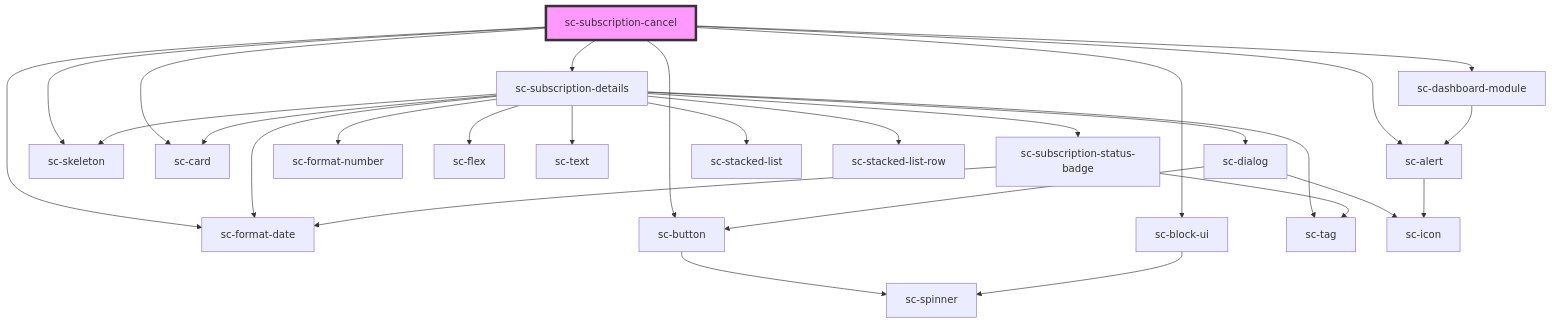
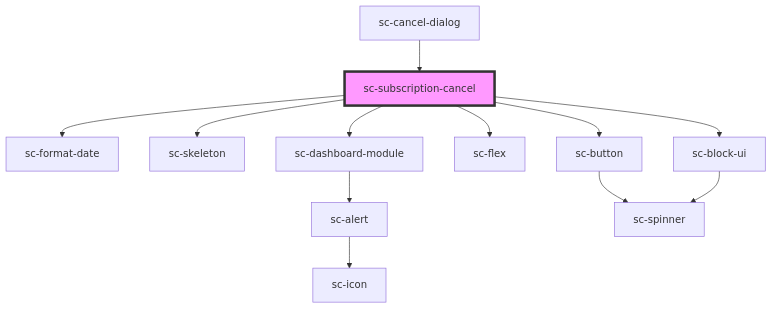
The diagram in packages/components/src/components/controllers/dashboard/subscription-cancel/readme.md (surecart/surecart-wp-plugin), drawn with Mermaid before and after one commit. The commit also changed other lines of this file and 44 other files, not shown here.

````diff
--- a/packages/components/src/components/controllers/dashboard/subscription-cancel/readme.md
+++ b/packages/components/src/components/controllers/dashboard/subscription-cancel/readme.md
@@ -33,31 +43,15 @@
 ```mermaid
 graph TD;
-  sc-subscription-cancel --> sc-subscription-details
-  sc-subscription-cancel --> sc-alert
   sc-subscription-cancel --> sc-format-date
   sc-subscription-cancel --> sc-skeleton
   sc-subscription-cancel --> sc-dashboard-module
-  sc-subscription-cancel --> sc-card
+  sc-subscription-cancel --> sc-flex
   sc-subscription-cancel --> sc-button
   sc-subscription-cancel --> sc-block-ui
-  sc-subscription-details --> sc-subscription-status-badge
-  sc-subscription-details --> sc-format-date
-  sc-subscription-details --> sc-skeleton
-  sc-subscription-details --> sc-format-number
-  sc-subscription-details --> sc-flex
-  sc-subscription-details --> sc-tag
-  sc-subscription-details --> sc-text
-  sc-subscription-details --> sc-dialog
-  sc-subscription-details --> sc-card
-  sc-subscription-details --> sc-stacked-list
-  sc-subscription-details --> sc-stacked-list-row
-  sc-subscription-status-badge --> sc-format-date
-  sc-subscription-status-badge --> sc-tag
-  sc-dialog --> sc-button
-  sc-dialog --> sc-icon
+  sc-dashboard-module --> sc-alert
+  sc-alert --> sc-icon
   sc-button --> sc-spinner
-  sc-alert --> sc-icon
-  sc-dashboard-module --> sc-alert
   sc-block-ui --> sc-spinner
+  sc-cancel-dialog --> sc-subscription-cancel
   style sc-subscription-cancel fill:#f9f,stroke:#333,stroke-width:4px
 ```
````
